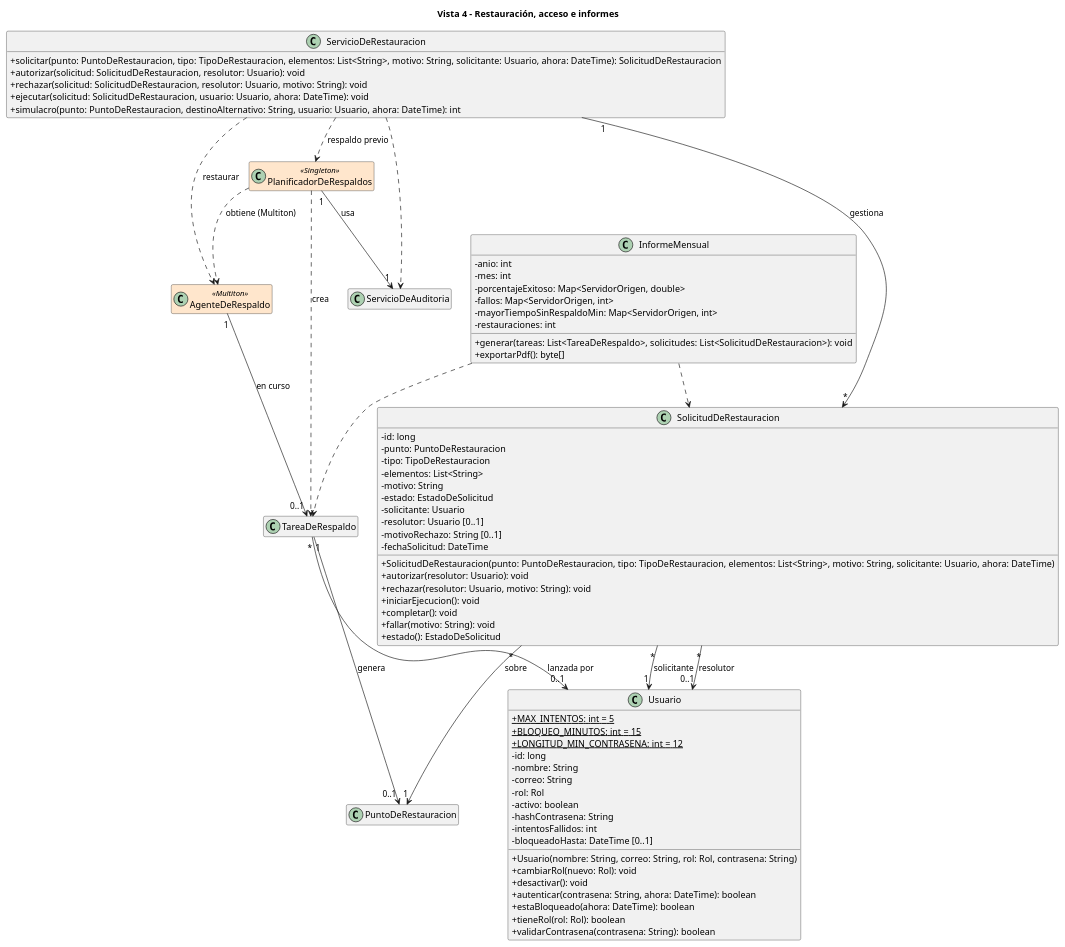
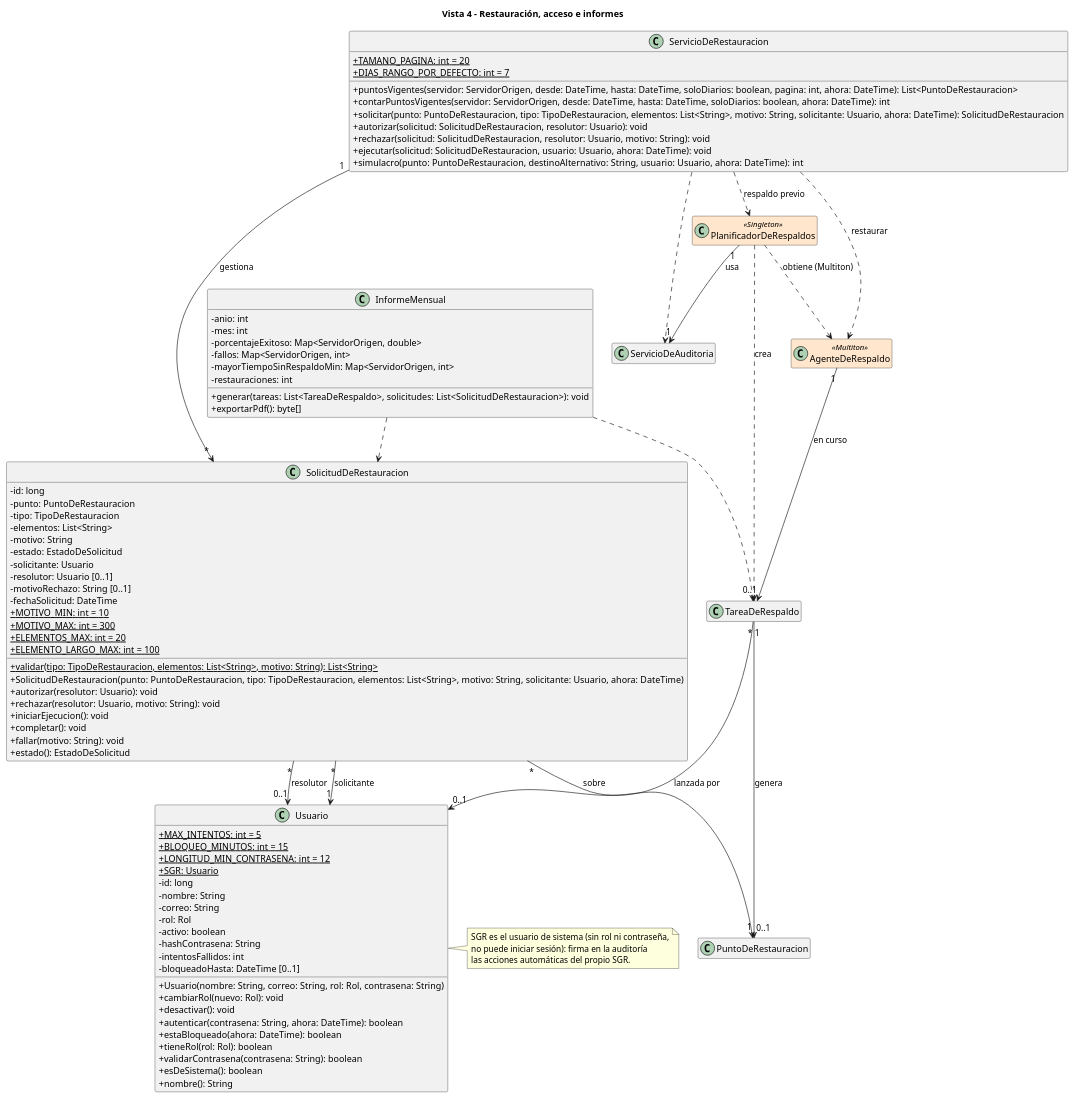
Before and after one commit to Julito-Art/ModelacionGruipo17: the diagram in diagramas/06-clases-restauracion-acceso.puml, drawn with PlantUML. The commit also changed 11 other files, not shown here.

Commit message:
cambio en los diagramas

```diff
--- a/diagramas/06-clases-restauracion-acceso.puml
+++ b/diagramas/06-clases-restauracion-acceso.puml
@@ -1,92 +1,109 @@
 @startuml 06-clases-restauracion-acceso
 title Vista 4 – Restauración, acceso e informes
 skinparam shadowing false
 skinparam defaultFontName Arial
 skinparam classAttributeIconSize 0
 skinparam nodesep 30
 skinparam ranksep 50
 skinparam class {
   BackgroundColor<<Singleton>> #FFE6CC
   BackgroundColor<<Multiton>> #FFE6CC
   BackgroundColor<<Strategy>> #DDF0DD
   BackgroundColor<<Adapter>> #DDE8F8
   BackgroundColor<<externo>> #EEEEEE
 }
 hide empty members
 class SolicitudDeRestauracion {
   - id: long
   - punto: PuntoDeRestauracion
   - tipo: TipoDeRestauracion
   - elementos: List<String>
   - motivo: String
   - estado: EstadoDeSolicitud
   - solicitante: Usuario
   - resolutor: Usuario [0..1]
   - motivoRechazo: String [0..1]
   - fechaSolicitud: DateTime
+  + {static} MOTIVO_MIN: int = 10
+  + {static} MOTIVO_MAX: int = 300
+  + {static} ELEMENTOS_MAX: int = 20
+  + {static} ELEMENTO_LARGO_MAX: int = 100
+  + {static} validar(tipo: TipoDeRestauracion, elementos: List<String>, motivo: String): List<String>
   + SolicitudDeRestauracion(punto: PuntoDeRestauracion, tipo: TipoDeRestauracion, elementos: List<String>, motivo: String, solicitante: Usuario, ahora: DateTime)
   + autorizar(resolutor: Usuario): void
   + rechazar(resolutor: Usuario, motivo: String): void
   + iniciarEjecucion(): void
   + completar(): void
   + fallar(motivo: String): void
   + estado(): EstadoDeSolicitud
 }
 class ServicioDeRestauracion {
+  + {static} TAMANO_PAGINA: int = 20
+  + {static} DIAS_RANGO_POR_DEFECTO: int = 7
+  + puntosVigentes(servidor: ServidorOrigen, desde: DateTime, hasta: DateTime, soloDiarios: boolean, pagina: int, ahora: DateTime): List<PuntoDeRestauracion>
+  + contarPuntosVigentes(servidor: ServidorOrigen, desde: DateTime, hasta: DateTime, soloDiarios: boolean, ahora: DateTime): int
   + solicitar(punto: PuntoDeRestauracion, tipo: TipoDeRestauracion, elementos: List<String>, motivo: String, solicitante: Usuario, ahora: DateTime): SolicitudDeRestauracion
   + autorizar(solicitud: SolicitudDeRestauracion, resolutor: Usuario): void
   + rechazar(solicitud: SolicitudDeRestauracion, resolutor: Usuario, motivo: String): void
   + ejecutar(solicitud: SolicitudDeRestauracion, usuario: Usuario, ahora: DateTime): void
   + simulacro(punto: PuntoDeRestauracion, destinoAlternativo: String, usuario: Usuario, ahora: DateTime): int
 }
 class Usuario {
   + {static} MAX_INTENTOS: int = 5
   + {static} BLOQUEO_MINUTOS: int = 15
   + {static} LONGITUD_MIN_CONTRASENA: int = 12
+  + {static} SGR: Usuario
   - id: long
   - nombre: String
   - correo: String
   - rol: Rol
   - activo: boolean
   - hashContrasena: String
   - intentosFallidos: int
   - bloqueadoHasta: DateTime [0..1]
   + Usuario(nombre: String, correo: String, rol: Rol, contrasena: String)
   + cambiarRol(nuevo: Rol): void
   + desactivar(): void
   + autenticar(contrasena: String, ahora: DateTime): boolean
   + estaBloqueado(ahora: DateTime): boolean
   + tieneRol(rol: Rol): boolean
   + validarContrasena(contrasena: String): boolean
+  + esDeSistema(): boolean
+  + nombre(): String
 }
+note right of Usuario
+  SGR es el usuario de sistema (sin rol ni contraseña,
+  no puede iniciar sesión): firma en la auditoría
+  las acciones automáticas del propio SGR.
+end note
 class InformeMensual {
   - anio: int
   - mes: int
   - porcentajeExitoso: Map<ServidorOrigen, double>
   - fallos: Map<ServidorOrigen, int>
   - mayorTiempoSinRespaldoMin: Map<ServidorOrigen, int>
   - restauraciones: int
   + generar(tareas: List<TareaDeRespaldo>, solicitudes: List<SolicitudDeRestauracion>): void
   + exportarPdf(): byte[]
 }
 class PuntoDeRestauracion
 class TareaDeRespaldo
 class PlanificadorDeRespaldos <<Singleton>>
 class AgenteDeRespaldo <<Multiton>>
 class ServicioDeAuditoria
 PlanificadorDeRespaldos "1" --> "1" ServicioDeAuditoria : usa
 AgenteDeRespaldo "1" --> "0..1" TareaDeRespaldo : en curso
 TareaDeRespaldo "1" --> "0..1" PuntoDeRestauracion : genera
 TareaDeRespaldo "*" --> "0..1" Usuario : lanzada por
 SolicitudDeRestauracion "*" --> "1" PuntoDeRestauracion : sobre
 SolicitudDeRestauracion "*" --> "1" Usuario : solicitante
 SolicitudDeRestauracion "*" --> "0..1" Usuario : resolutor
 ServicioDeRestauracion "1" --> "*" SolicitudDeRestauracion : gestiona
 PlanificadorDeRespaldos ..> AgenteDeRespaldo : obtiene (Multiton)
 PlanificadorDeRespaldos ..> TareaDeRespaldo : crea
 ServicioDeRestauracion ..> PlanificadorDeRespaldos : respaldo previo
 ServicioDeRestauracion ..> AgenteDeRespaldo : restaurar
 ServicioDeRestauracion ..> ServicioDeAuditoria
 InformeMensual ..> TareaDeRespaldo
 InformeMensual ..> SolicitudDeRestauracion
 @enduml
```
